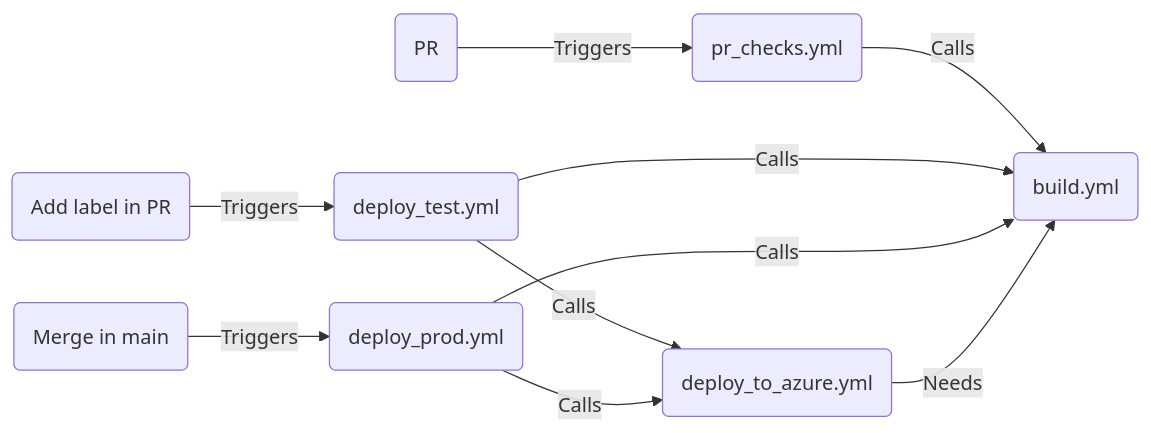
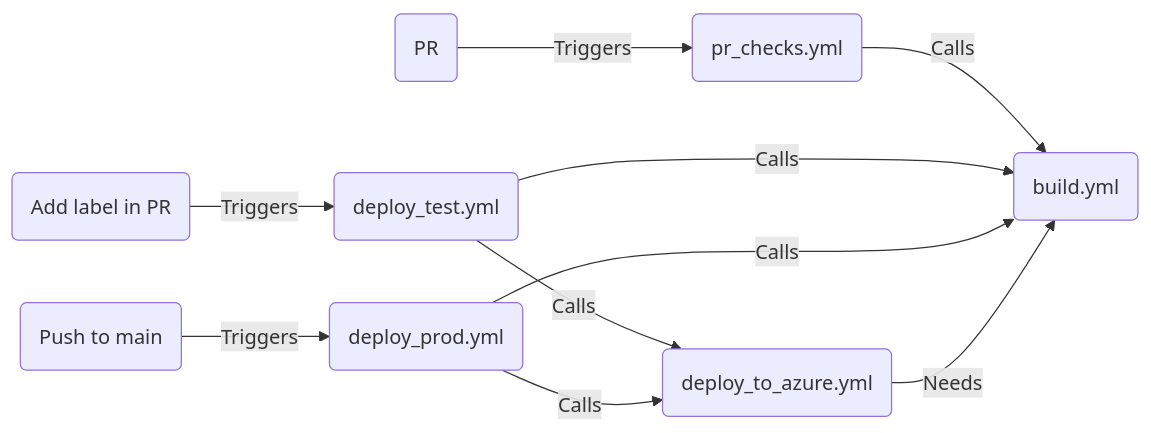
The diagram in README.md (gidavies/SimpleWebApp), drawn with Mermaid before and after one commit. The commit also changed 1 other file, not shown here.

Commit message:
Update mermaid diagram

````diff
--- a/README.md
+++ b/README.md
@@ -24,13 +24,13 @@
 ```mermaid
 flowchart LR
 
 A(PR) -->|Triggers| B(pr_checks.yml)
 B -->|Calls| C(build.yml)
 D(Add label in PR) -->|Triggers| E(deploy_test.yml)
 E -->|Calls| C(build.yml)
 E -->|Calls| F(deploy_to_azure.yml)
-G(Merge in main) -->|Triggers| H(deploy_prod.yml)
+G(Push to main) -->|Triggers| H(deploy_prod.yml)
 H -->|Calls| C(build.yml)
 H -->|Calls| F(deploy_to_azure.yml)
 F -->|Needs| C(build.yml)
 ```
````
